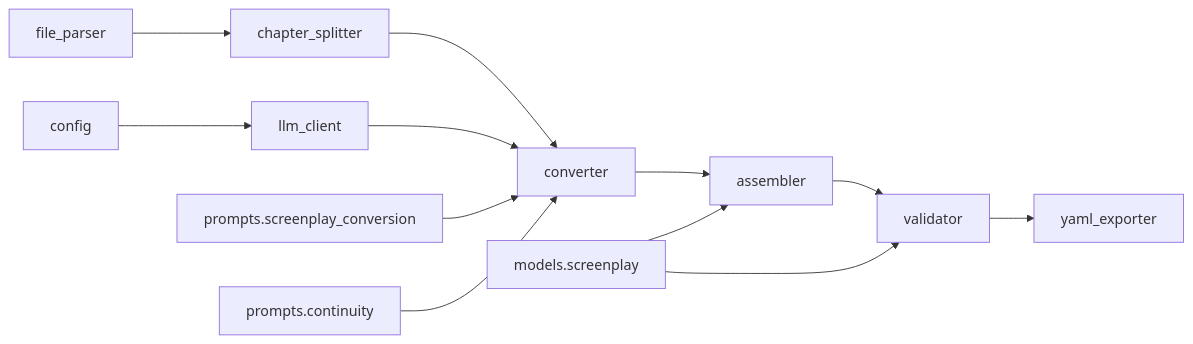
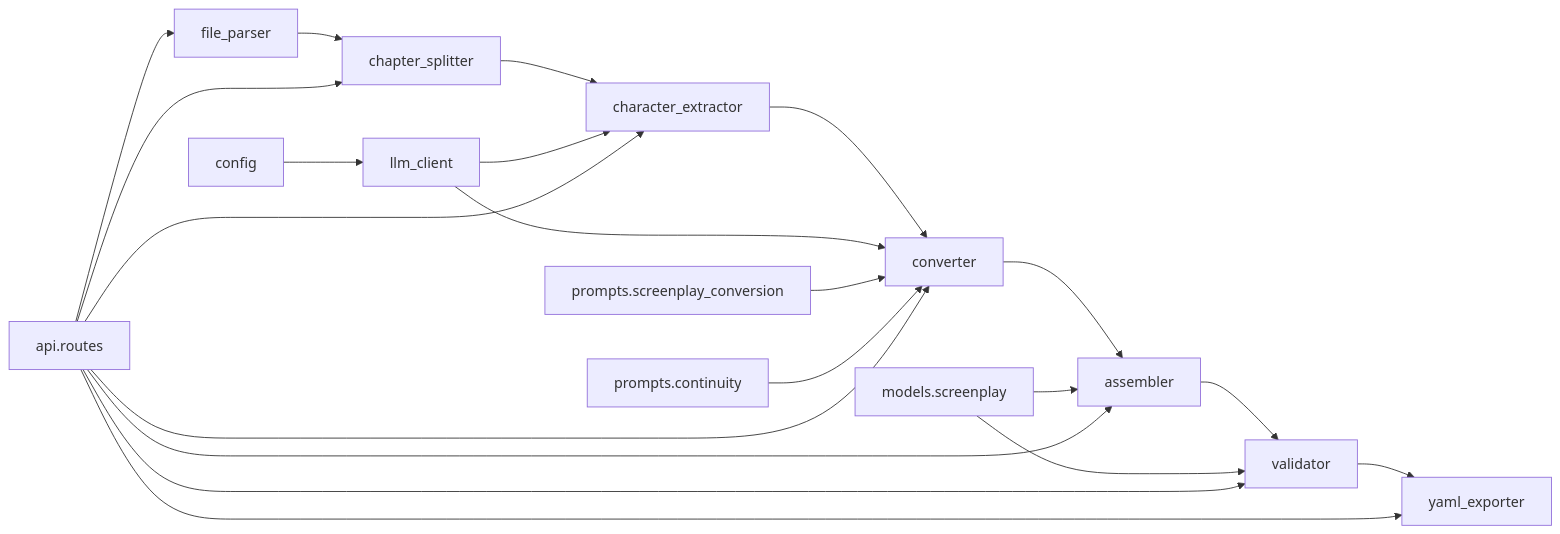
Before and after one commit to tjujingzong/Novel-to-Screenplay: diagram 12 of 12 in .qoder/repowiki/zh/content/核心服务模块/核心服务模块.md, drawn with Mermaid. The commit also changed other lines of this file and 6 other files, not shown here.

````diff
--- a/.qoder/repowiki/zh/content/核心服务模块/核心服务模块.md
+++ b/.qoder/repowiki/zh/content/核心服务模块/核心服务模块.md
@@ -375,14 +485,23 @@
 ```mermaid
 graph LR
 FP["file_parser"] --> CS["chapter_splitter"]
-CS --> CV["converter"]
-LLM["llm_client"] --> CV
+CS --> CE["character_extractor"]
+CE --> CV["converter"]
+LLM["llm_client"] --> CE
+LLM --> CV
 CV --> AS["assembler"]
 AS --> VL["validator"]
 VL --> YE["yaml_exporter"]
 SM["models.screenplay"] --> AS
 SM --> VL
 PC["prompts.screenplay_conversion"] --> CV
 PCont["prompts.continuity"] --> CV
 CFG["config"] --> LLM
+RT["api.routes"] --> FP
+RT --> CS
+RT --> CE
+RT --> CV
+RT --> AS
+RT --> VL
+RT --> YE
 ```
````
